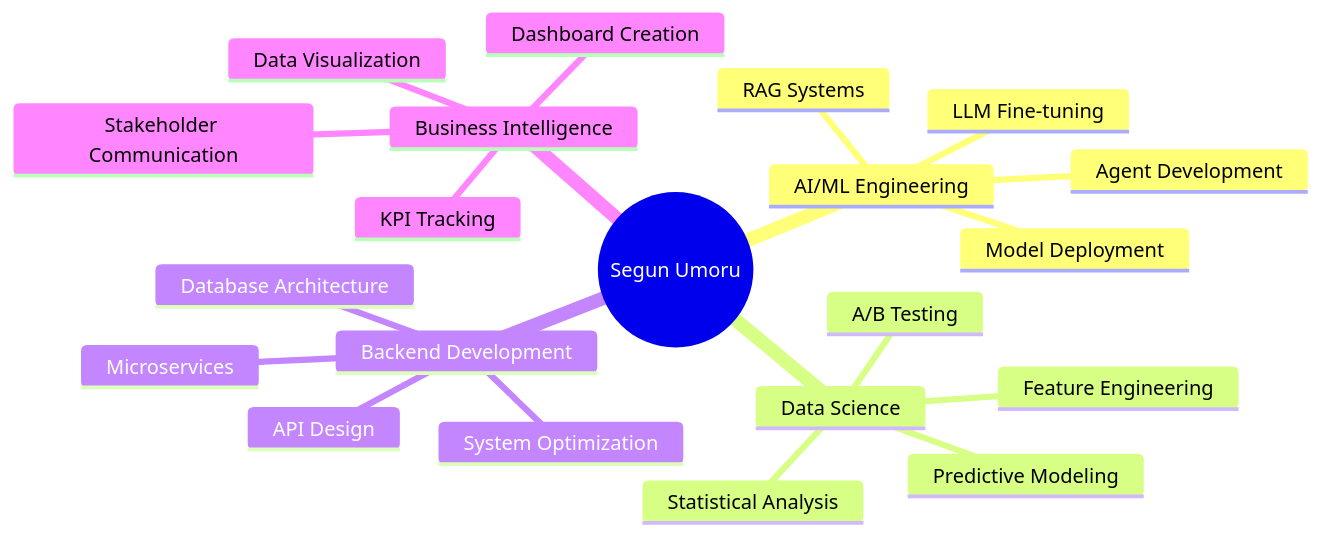
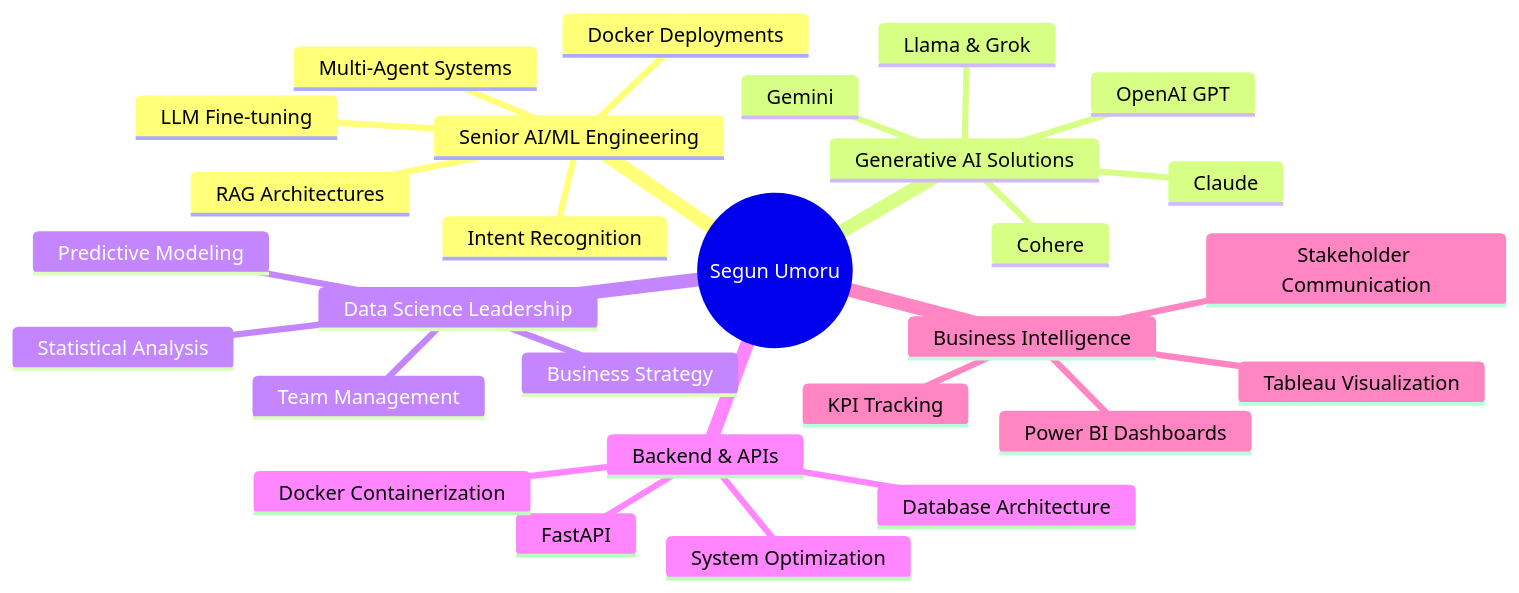
The diagram in README.md (segunumoru1/segunumoru1), drawn with Mermaid before and after one commit. The commit also changed other lines of this file, not shown here.

````diff
--- a/README.md
+++ b/README.md
@@ -473,24 +548,31 @@
 ```mermaid
 mindmap
   root((Segun Umoru))
-    AI/ML Engineering
+    Senior AI/ML Engineering
+      Multi-Agent Systems
       LLM Fine-tuning
-      RAG Systems
-      Agent Development
-      Model Deployment
-    Data Science
+      RAG Architectures
+      Intent Recognition
+      Docker Deployments
+    Generative AI Solutions
+      OpenAI GPT
+      Claude
+      Gemini
+      Cohere
+      Llama & Grok
+    Data Science Leadership
+      Team Management
       Predictive Modeling
       Statistical Analysis
-      Feature Engineering
-      A/B Testing
-    Backend Development
-      API Design
+      Business Strategy
+    Backend & APIs
+      FastAPI
+      Docker Containerization
       Database Architecture
       System Optimization
-      Microservices
     Business Intelligence
-      Dashboard Creation
-      Data Visualization
+      Power BI Dashboards
+      Tableau Visualization
       KPI Tracking
       Stakeholder Communication
 ```
````
